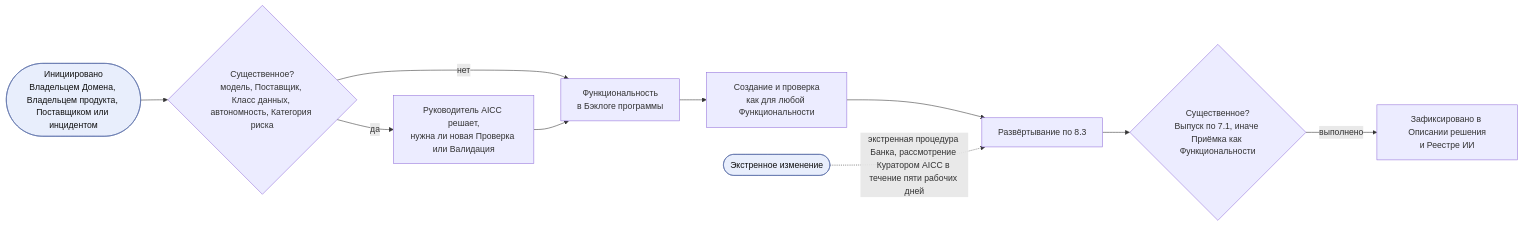
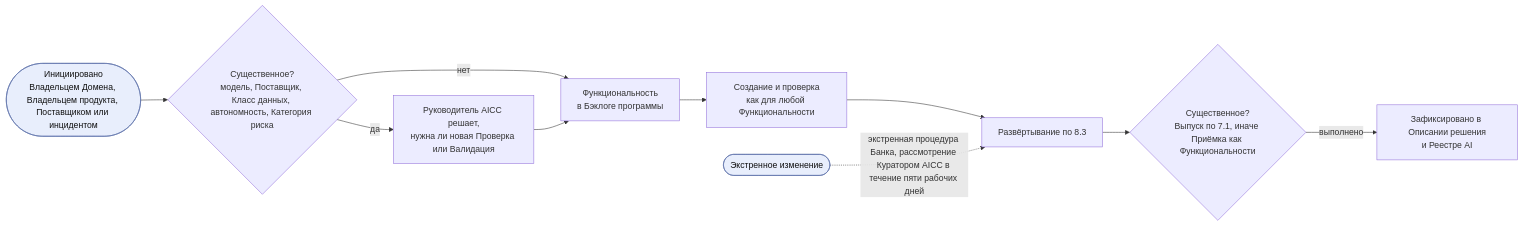
Before and after one commit to devhogu/ob-aicc: diagram 13 of 13 in charter/ru/documents/solution-lifecycle-model.md, drawn with Mermaid. The commit also changed other lines of this file and 768 other files, not shown here.

````diff
--- a/charter/ru/documents/solution-lifecycle-model.md
+++ b/charter/ru/documents/solution-lifecycle-model.md
@@ -476,13 +476,13 @@
 ```mermaid
 flowchart LR
   RS(["Инициировано<br/>Владельцем Домена, Владельцем продукта, Поставщиком или инцидентом"]):::iface --> CLS{"Существенное?<br/>модель, Поставщик, Класс данных, автономность, Категория риска"}
   CLS -->|нет| FT["Функциональность<br/>в Бэклоге программы"]
   CLS -->|да| DC["Руководитель AICC решает,<br/>нужна ли новая Проверка или Валидация"]
   DC --> FT
   FT --> BV["Создание и проверка<br/>как для любой Функциональности"]
   BV --> DPL["Развёртывание по 8.3"]
   DPL --> RLS{"Существенное?<br/>Выпуск по 7.1, иначе Приёмка как Функциональности"}
-  RLS -->|выполнено| NT["Зафиксировано в Описании решения<br/>и Реестре ИИ"]
+  RLS -->|выполнено| NT["Зафиксировано в Описании решения<br/>и Реестре AI"]
   EM(["Экстренное изменение"]):::iface -.экстренная процедура Банка, рассмотрение Куратором AICC в течение пяти рабочих дней.-> DPL
   classDef iface fill:#e8eefc,stroke:#5a6fa8,color:#111
 ```
````
